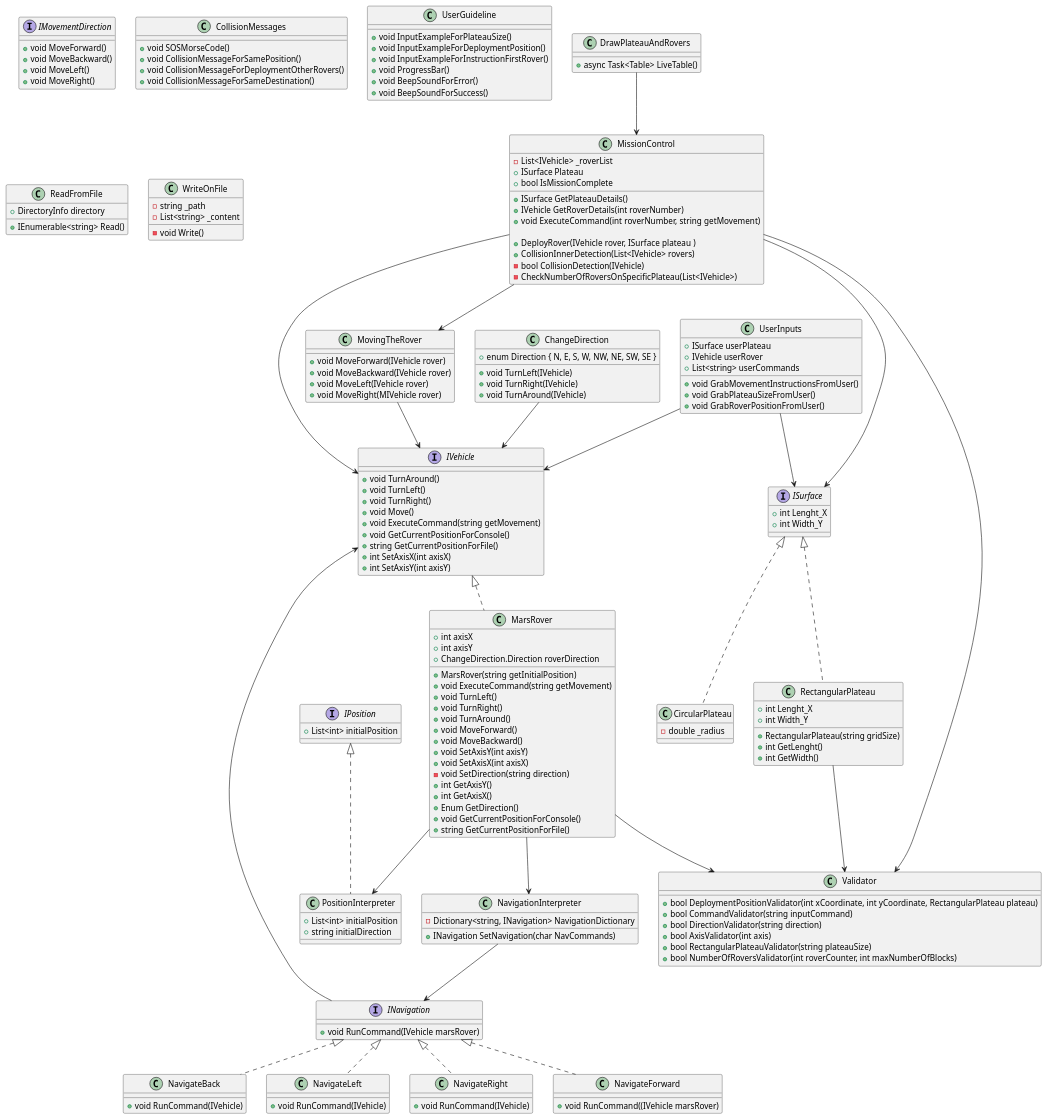
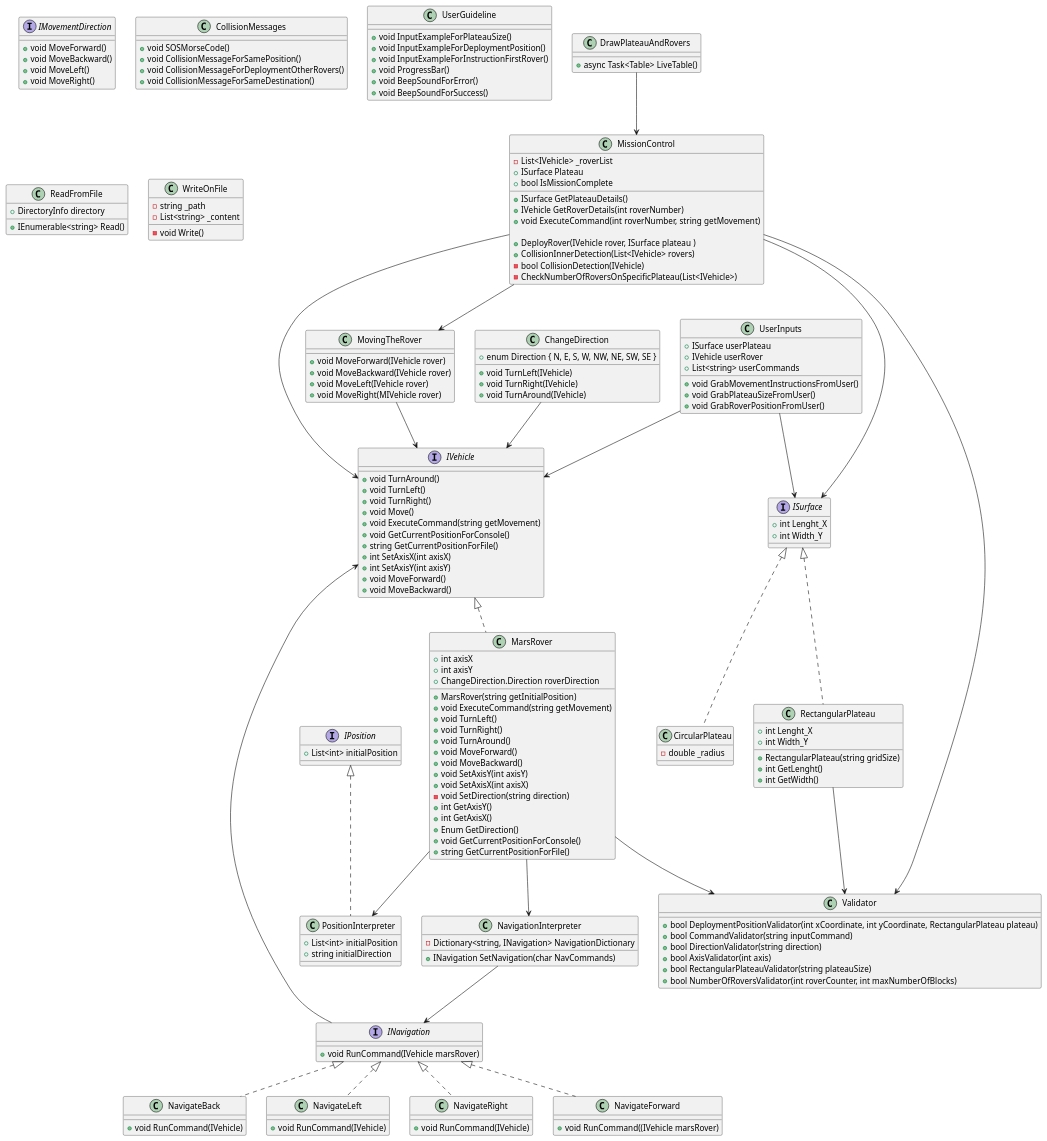
One commit to vahidkianfar/Mars-Rover-Project changed the diagram in Mars-Rover-Project/UML-Diagram/MarsRover.puml. Above: the diagram before and after it, drawn with PlantUML. The commit also changed 6 other files, not shown here.

Commit message:
Added MoveBackward to the rover and passed test for MoveBackward

```diff
--- a/Mars-Rover-Project/UML-Diagram/MarsRover.puml
+++ b/Mars-Rover-Project/UML-Diagram/MarsRover.puml
@@ -11,6 +11,8 @@
 + string GetCurrentPositionForFile()
 + int SetAxisX(int axisX)
 + int SetAxisY(int axisY)
++ void MoveForward()
++ void MoveBackward()
 }
 
 interface ISurface
```
